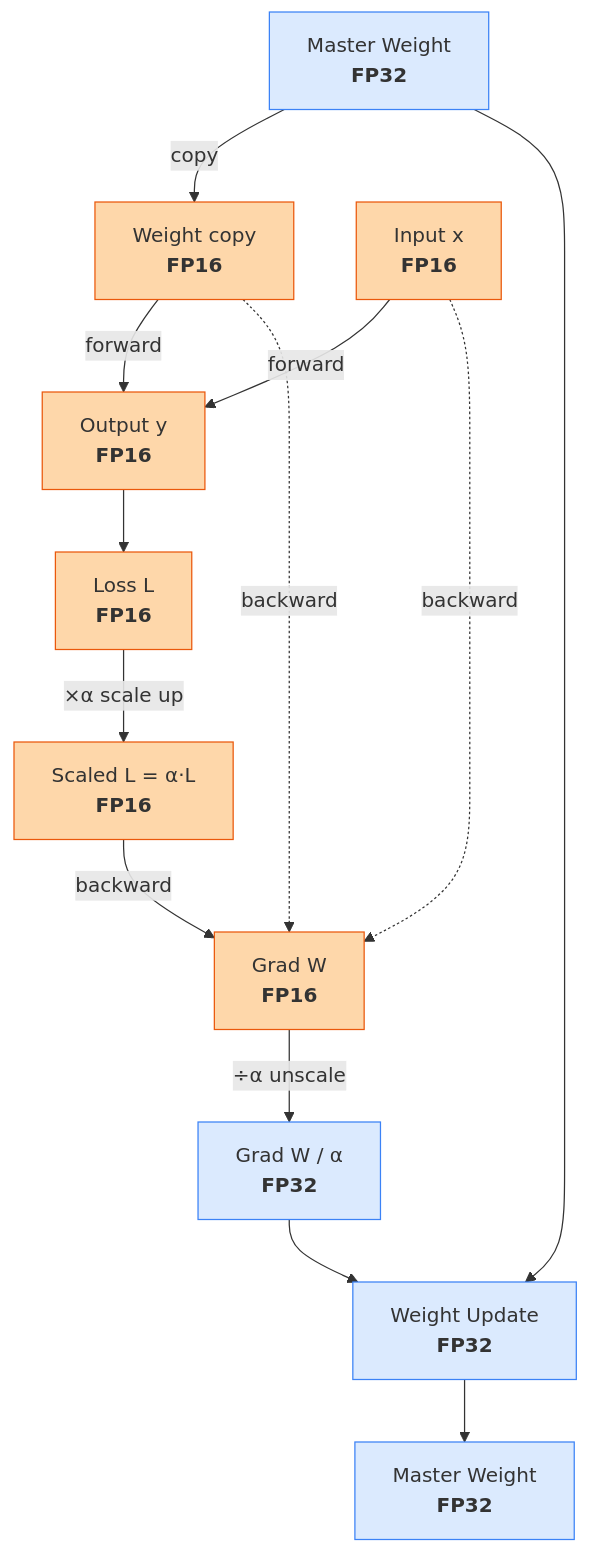
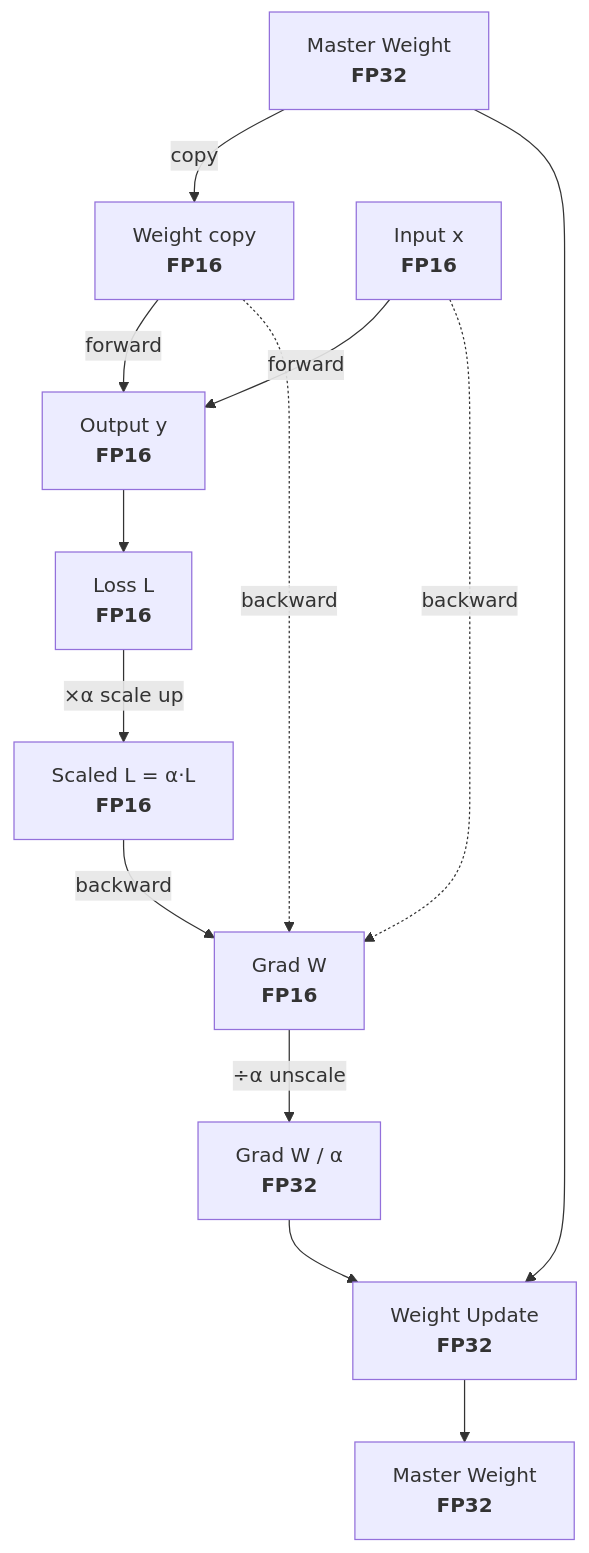
The diagram in content/Tech Notes/mixed-precision-training.md (AllenYolk/allenyolk.github.io), drawn with Mermaid before and after one commit. The commit also changed 2 other files, not shown here.

Commit message:
Refine Mermaid diagrams for Editorial light and dark themes

````diff
--- a/content/Tech Notes/mixed-precision-training.md
+++ b/content/Tech Notes/mixed-precision-training.md
@@ -41,37 +41,29 @@
 ```mermaid
 flowchart TD
     master["Master Weight<br/><b>FP32</b>"]
     w["Weight copy<br/><b>FP16</b>"]
     x["Input x<br/><b>FP16</b>"]
     y["Output y<br/><b>FP16</b>"]
     loss["Loss L<br/><b>FP16</b>"]
     scaled["Scaled L = α·L<br/><b>FP16</b>"]
     gw["Grad W<br/><b>FP16</b>"]
     gw32["Grad W / α<br/><b>FP32</b>"]
     update["Weight Update<br/><b>FP32</b>"]
     master2["Master Weight<br/><b>FP32</b>"]
 
     master -->|"copy"| w
     w -->|"forward"| y
     x -->|"forward"| y
     y --> loss
     loss -->|"×α scale up"| scaled
     scaled -->|"backward"| gw
     x -.->|"backward"| gw
     w -.->|"backward"| gw
     gw -->|"÷α unscale"| gw32
     gw32 --> update
     master --> update
     update --> master2
 
-    style master fill:#dbeafe,stroke:#3b82f6
-    style master2 fill:#dbeafe,stroke:#3b82f6
-    style update fill:#dbeafe,stroke:#3b82f6
-    style gw32 fill:#dbeafe,stroke:#3b82f6
-    style w fill:#fed7aa,stroke:#ea580c
-    style x fill:#fed7aa,stroke:#ea580c
-    style y fill:#fed7aa,stroke:#ea580c
-    style loss fill:#fed7aa,stroke:#ea580c
-    style scaled fill:#fed7aa,stroke:#ea580c
-    style gw fill:#fed7aa,stroke:#ea580c
+    class master,master2,update,gw32 fp32
+    class w,x,y,loss,scaled,gw fp16
 ```
````
